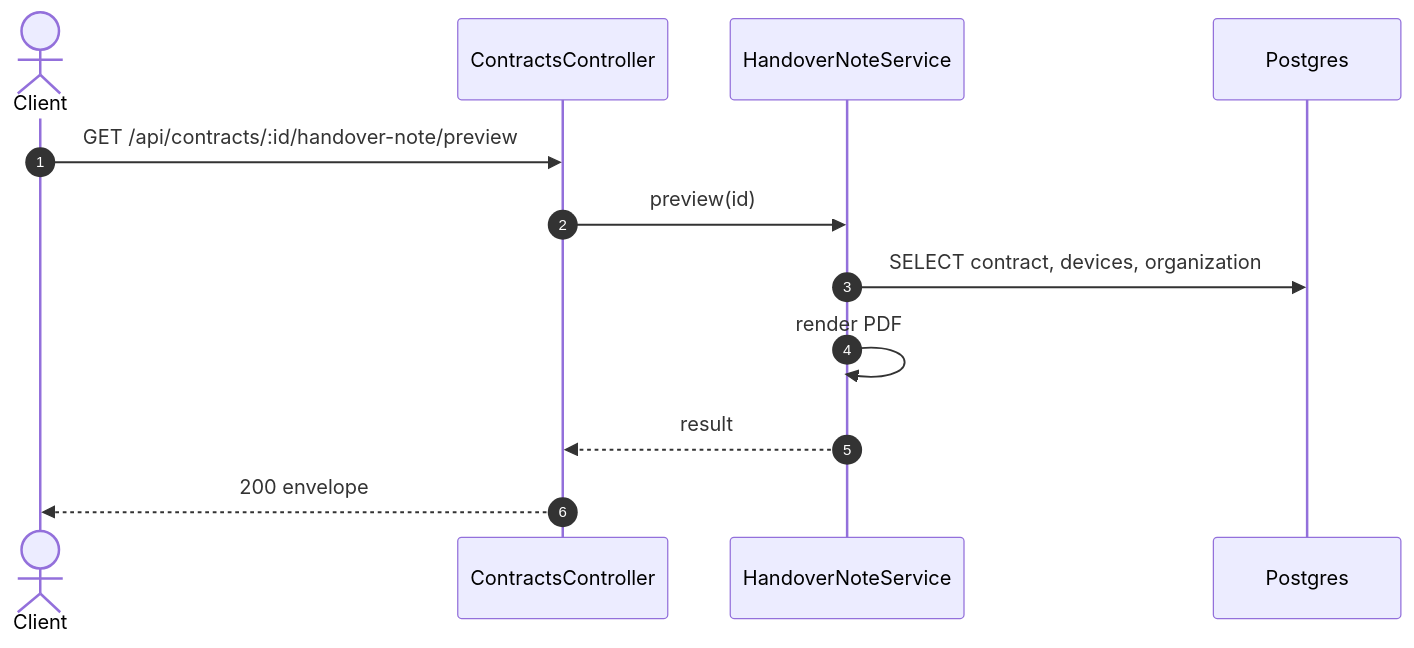
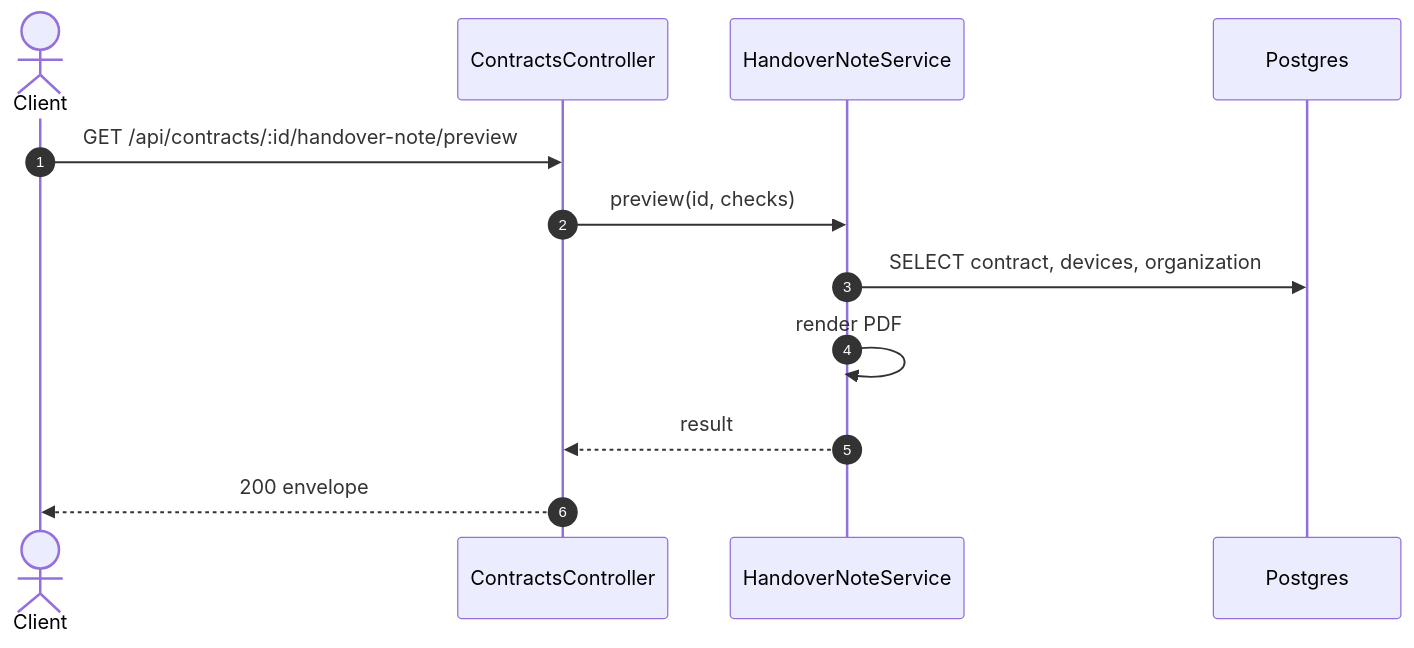
The second of 2 diagrams in specs/rentals/api-design/08-get-contracts-id-handover-note-preview.md (TrekLink-Team/treklink-web), drawn with Mermaid before and after one commit. The commit also changed other lines of this file and 9 other files, not shown here.

````diff
--- a/specs/rentals/api-design/08-get-contracts-id-handover-note-preview.md
+++ b/specs/rentals/api-design/08-get-contracts-id-handover-note-preview.md
@@ -151,14 +179,14 @@
 ```mermaid
 sequenceDiagram
     autonumber
     actor C as Client
     participant Ctl as ContractsController
     participant Svc as HandoverNoteService
     participant DB as Postgres
     C->>Ctl: GET /api/contracts/:id/handover-note/preview
-    Ctl->>Svc: preview(id)
+    Ctl->>Svc: preview(id, checks)
     Svc->>DB: SELECT contract, devices, organization
     Svc->>Svc: render PDF
     Svc-->>Ctl: result
     Ctl-->>C: 200 envelope
 ```
````
